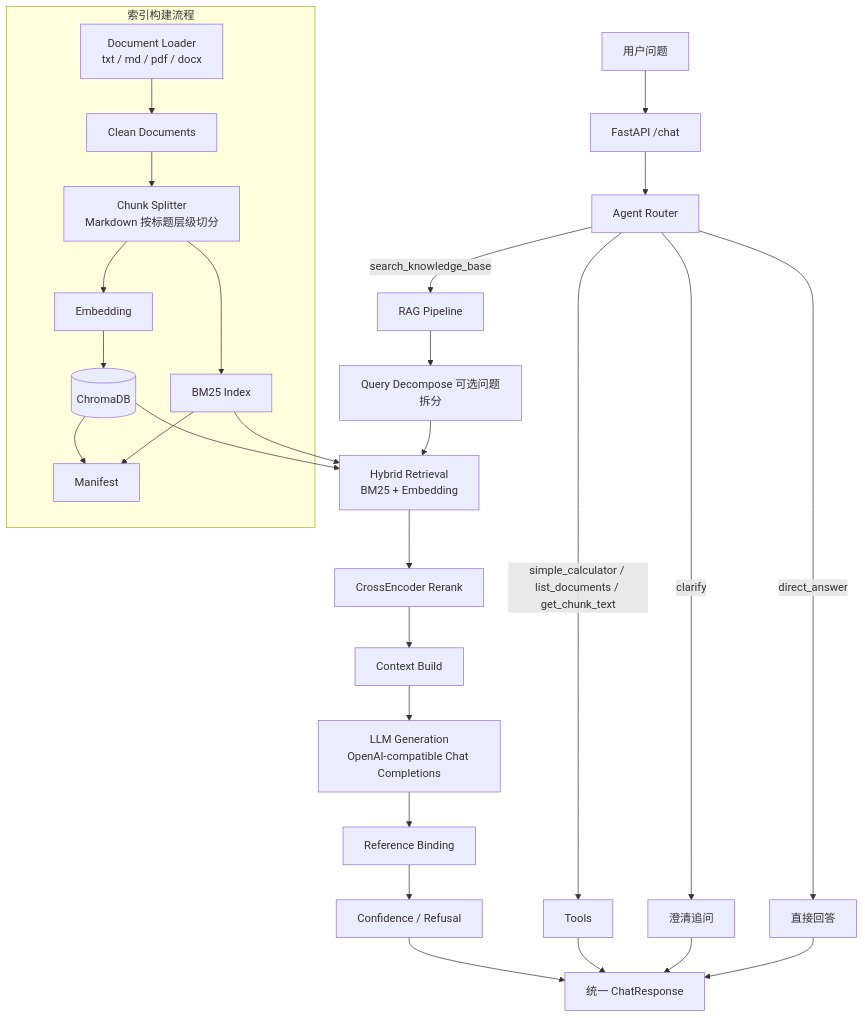
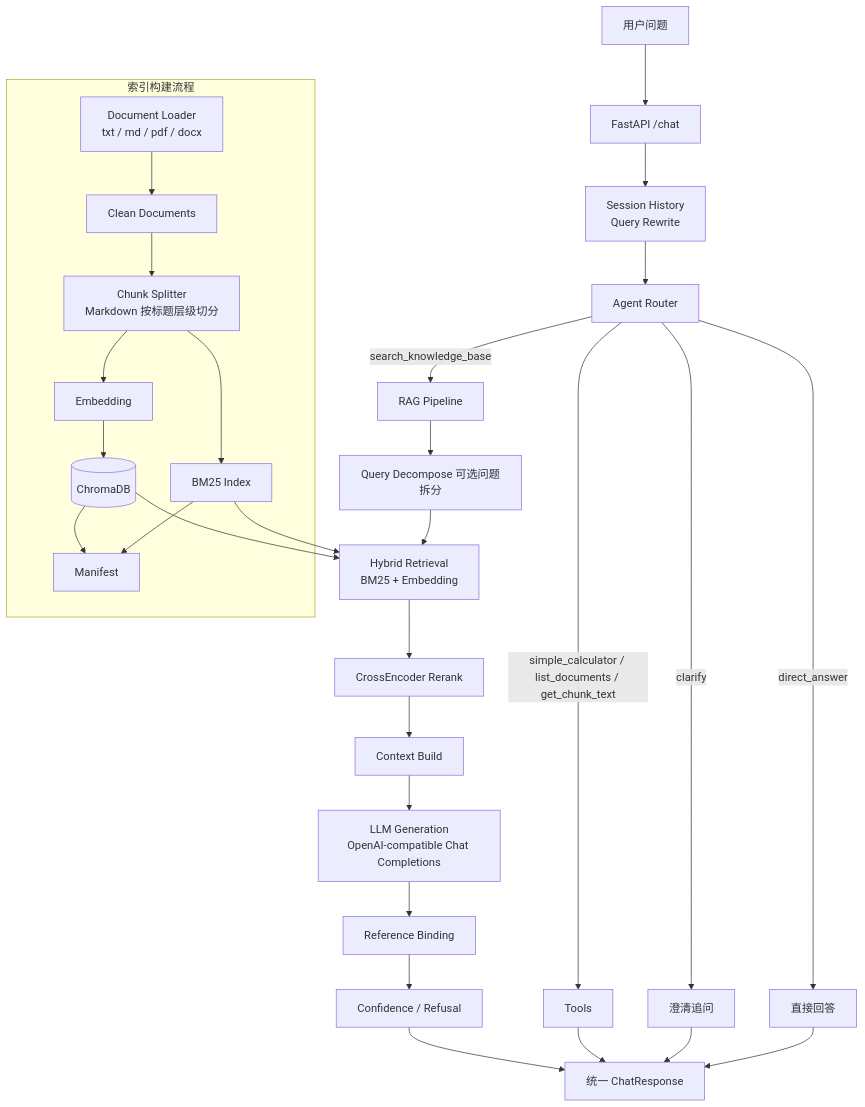
The diagram in README.md (LiBoEN123/rag-agent-qa-system), drawn with Mermaid before and after one commit. The commit also changed other lines of this file, not shown here.

````diff
--- a/README.md
+++ b/README.md
@@ -22,34 +23,35 @@
 ```mermaid
 flowchart TD
     U[用户问题] --> API[FastAPI /chat]
-    API --> Router[Agent Router]
+    API --> QR[Session History<br/>Query Rewrite]
+    QR --> Router[Agent Router]
     Router -->|search_knowledge_base| RAG[RAG Pipeline]
     Router -->|simple_calculator / list_documents / get_chunk_text| Tools[Tools]
     Router -->|clarify| Clarify[澄清追问]
     Router -->|direct_answer| Direct[直接回答]
 
     RAG --> QD[Query Decompose 可选问题拆分]
     QD --> HR[Hybrid Retrieval<br/>BM25 + Embedding]
     HR --> RR[CrossEncoder Rerank]
     RR --> CB[Context Build]
     CB --> LLM[LLM Generation<br/>OpenAI-compatible Chat Completions]
     LLM --> RB[Reference Binding]
     RB --> Guard[Confidence / Refusal]
     Guard --> Resp[统一 ChatResponse]
 
     subgraph Indexing[索引构建流程]
         DL[Document Loader<br/>txt / md / pdf / docx] --> CL[Clean Documents]
         CL --> CS[Chunk Splitter<br/>Markdown 按标题层级切分]
         CS --> EMB[Embedding]
         EMB --> Chroma[(ChromaDB)]
         CS --> BM25[BM25 Index]
         Chroma --> Manifest[Manifest]
         BM25 --> Manifest
     end
 
     Chroma --> HR
     BM25 --> HR
     Tools --> Resp
     Clarify --> Resp
     Direct --> Resp
 ```
````
